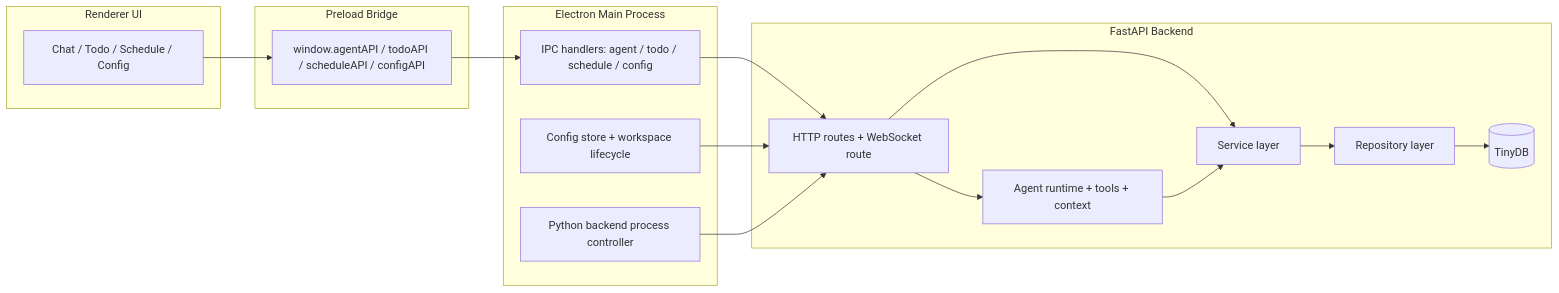
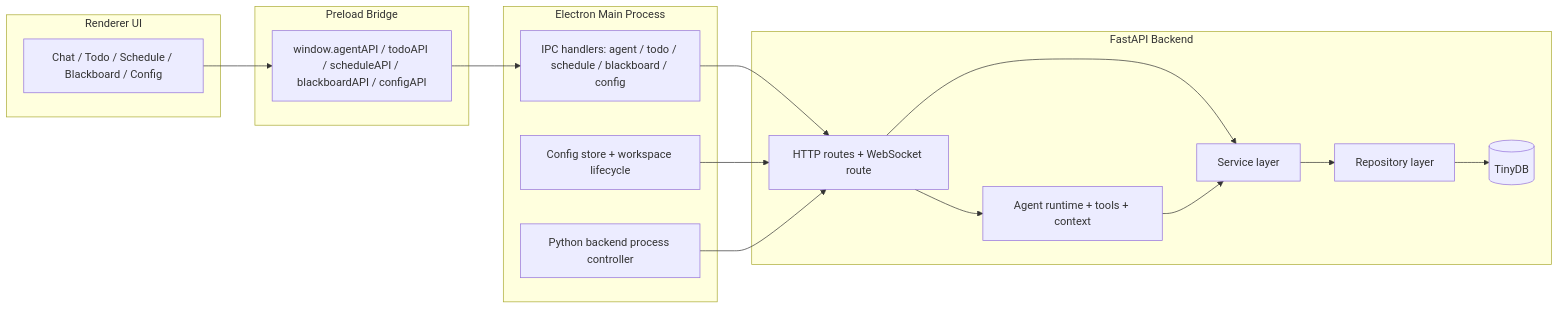
The first of 9 diagrams in docs/presentation/design-26s-29.md (sustech-cs304/team-project-26spring-26s-29), drawn with Mermaid before and after one commit. The commit also changed other lines of this file and 6 other files, not shown here.

````diff
--- a/docs/presentation/design-26s-29.md
+++ b/docs/presentation/design-26s-29.md
@@ -10,32 +10,32 @@
 ```mermaid
 flowchart LR
     subgraph Renderer[Renderer UI]
-      UI[Chat / Todo / Schedule / Config]
+      UI[Chat / Todo / Schedule / Blackboard / Config]
     end
 
     subgraph Preload[Preload Bridge]
-      Bridge[window.agentAPI / todoAPI / scheduleAPI / configAPI]
+      Bridge[window.agentAPI / todoAPI / scheduleAPI / blackboardAPI / configAPI]
     end
 
     subgraph Electron[Electron Main Process]
-      IPC[IPC handlers: agent / todo / schedule / config]
+      IPC[IPC handlers: agent / todo / schedule / blackboard / config]
       ConfigStore[Config store + workspace lifecycle]
       BackendProc[Python backend process controller]
     end
 
     subgraph Backend[FastAPI Backend]
       Routes[HTTP routes + WebSocket route]
       AgentRuntime[Agent runtime + tools + context]
       Services[Service layer]
       Repos[Repository layer]
       TinyDB[(TinyDB)]
     end
 
     UI --> Bridge --> IPC
     IPC --> Routes
     ConfigStore --> Routes
     BackendProc --> Routes
     Routes --> AgentRuntime
     Routes --> Services --> Repos --> TinyDB
     AgentRuntime --> Services
 ```
````
